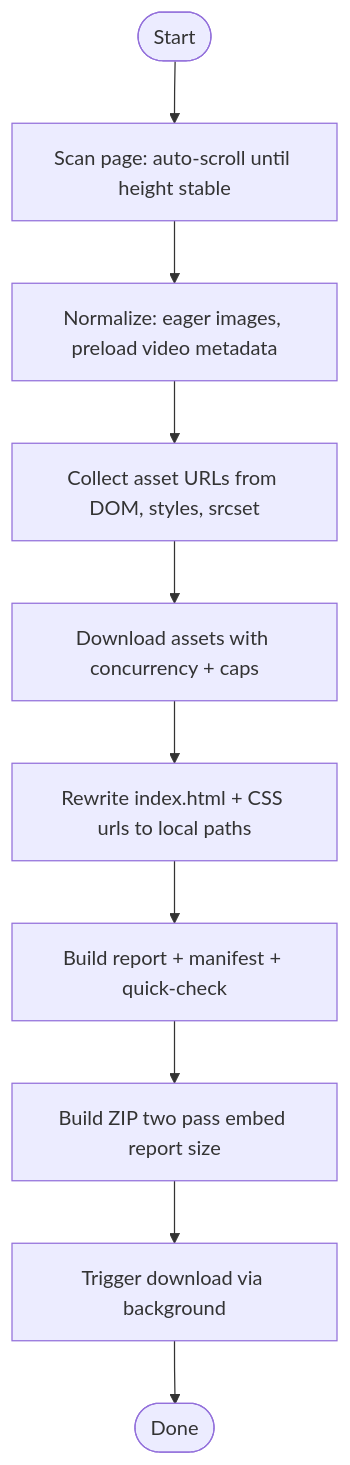
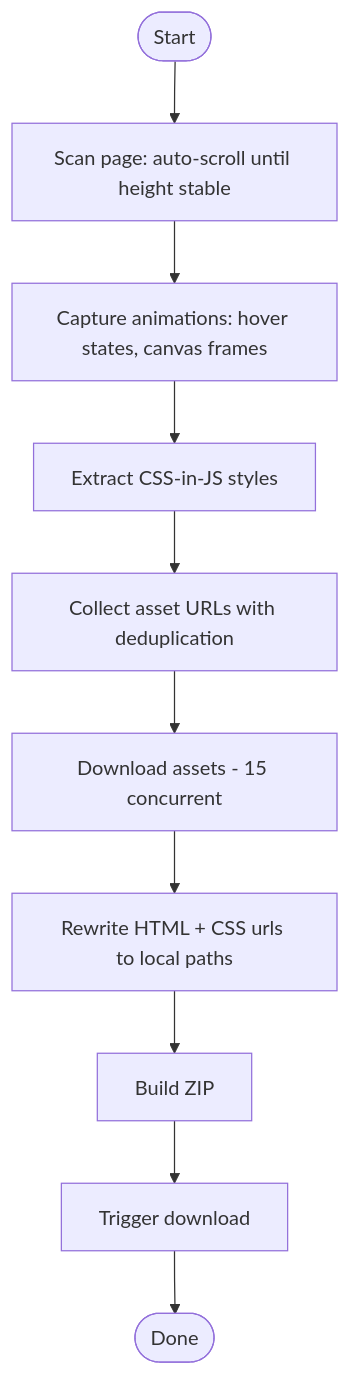
Before and after one commit to vikast908/SnapSite: the second of 4 diagrams in README.md, drawn with Mermaid. The commit also changed other lines of this file and 12 other files, not shown here.

````diff
--- a/README.md
+++ b/README.md
@@ -119,12 +180,12 @@
 ```mermaid
 flowchart TD
   start([Start]) --> scan[Scan page: auto-scroll until height stable]
-  scan --> norm[Normalize: eager images, preload video metadata]
-  norm --> collect[Collect asset URLs from DOM, styles, srcset]
-  collect --> fetch[Download assets with concurrency + caps]
-  fetch --> rewrite[Rewrite index.html + CSS urls to local paths]
-  rewrite --> report[Build report + manifest + quick-check]
-  report --> zip[Build ZIP two pass embed report size]
-  zip --> dl[Trigger download via background]
+  scan --> anim[Capture animations: hover states, canvas frames]
+  anim --> cssjs[Extract CSS-in-JS styles]
+  cssjs --> collect[Collect asset URLs with deduplication]
+  collect --> fetch[Download assets - 15 concurrent]
+  fetch --> rewrite[Rewrite HTML + CSS urls to local paths]
+  rewrite --> zip[Build ZIP]
+  zip --> dl[Trigger download]
   dl --> done([Done])
 ```
````
